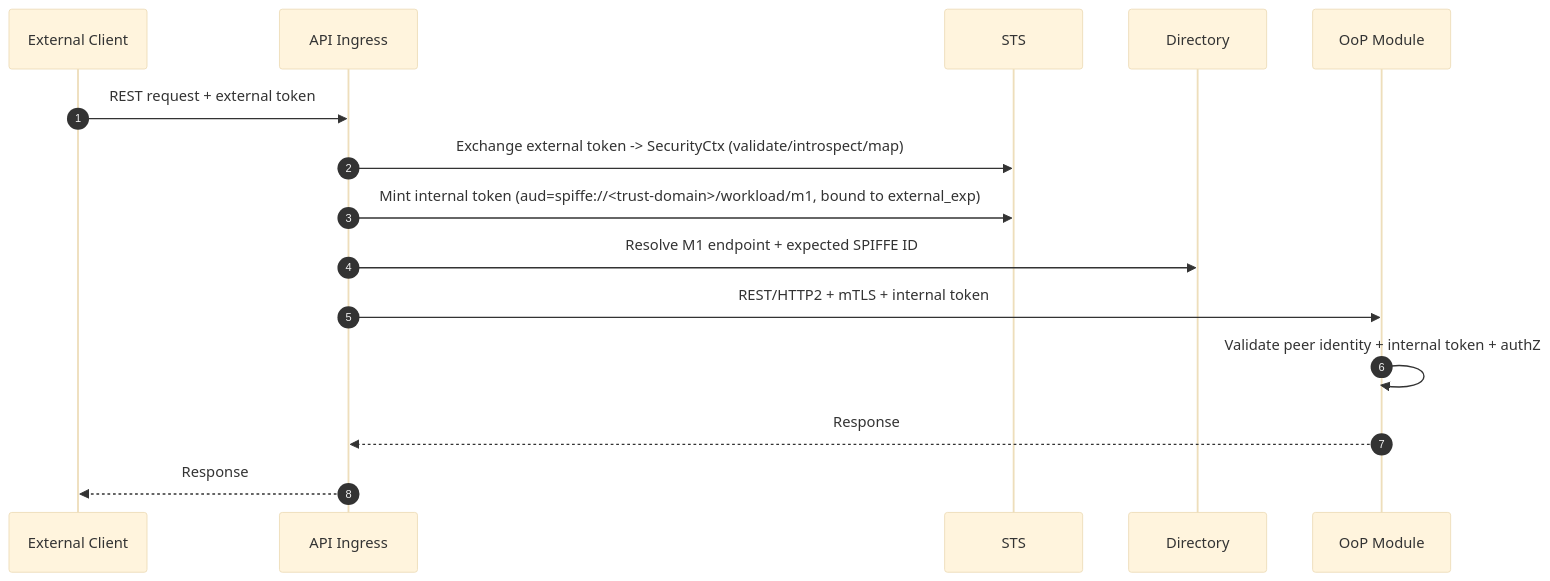
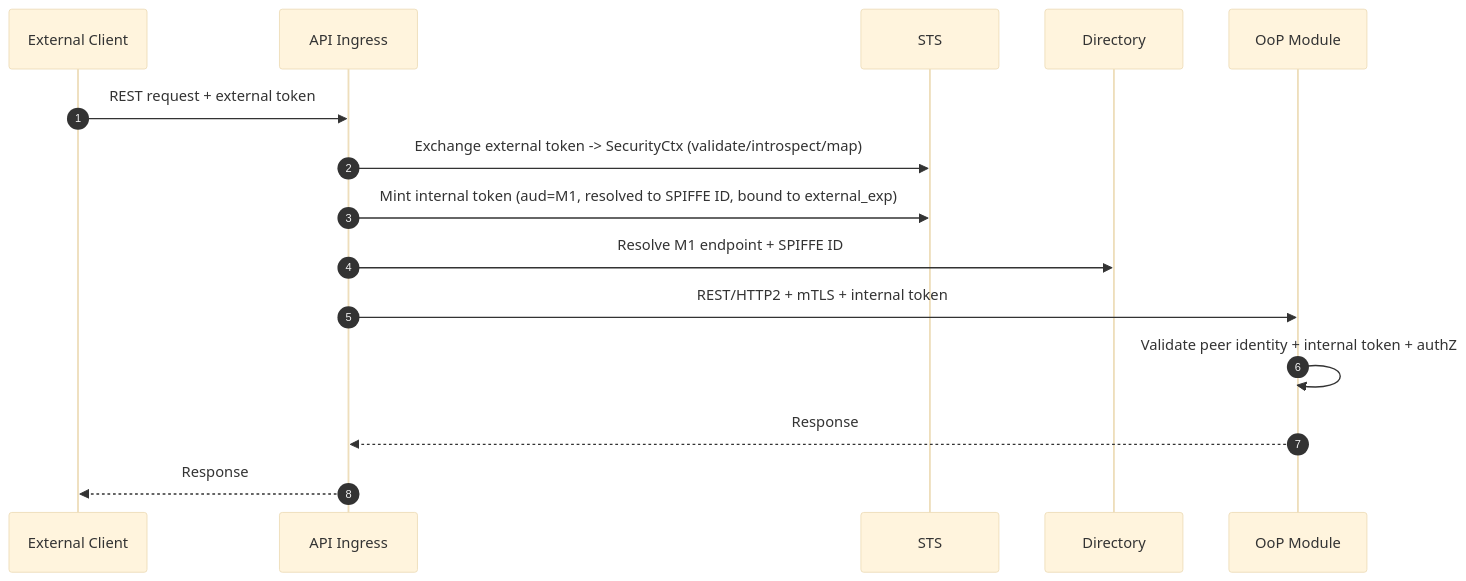
The third of 5 diagrams in modkit_zero_trust.MD (MikeFalcon77/modkit-zero-trust), drawn with Mermaid (base theme) before and after one commit. The commit also changed other lines of this file, not shown here.

First line of the commit message:
feat(zero-trust v2): clarify STS role, SPIFFE usage, bootstrap flows, and enforcement boundaries

````diff
--- a/modkit_zero_trust.MD
+++ b/modkit_zero_trust.MD
@@ -1254,18 +1004,18 @@
 ```mermaid
 sequenceDiagram
   autonumber
   participant C as External Client
   participant AG as API Ingress
   participant STS as STS
   participant DIR as Directory
   participant M1 as OoP Module
 
   C->>AG: REST request + external token
   AG->>STS: Exchange external token -> SecurityCtx (validate/introspect/map)
-  AG->>STS: Mint internal token (aud=spiffe://<trust-domain>/workload/m1, bound to external_exp)
-  AG->>DIR: Resolve M1 endpoint + expected SPIFFE ID
+  AG->>STS: Mint internal token (aud=M1, resolved to SPIFFE ID, bound to external_exp)
+  AG->>DIR: Resolve M1 endpoint + SPIFFE ID
   AG->>M1: REST/HTTP2 + mTLS + internal token
   M1->>M1: Validate peer identity + internal token + authZ
   M1-->>AG: Response
   AG-->>C: Response
 ```
````
